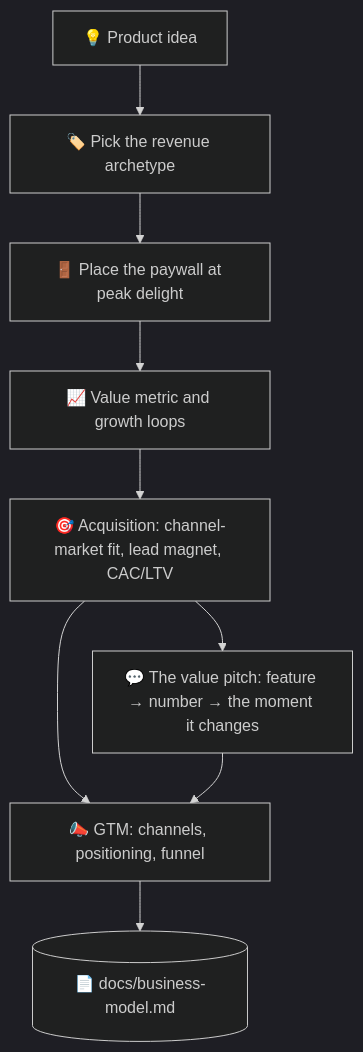
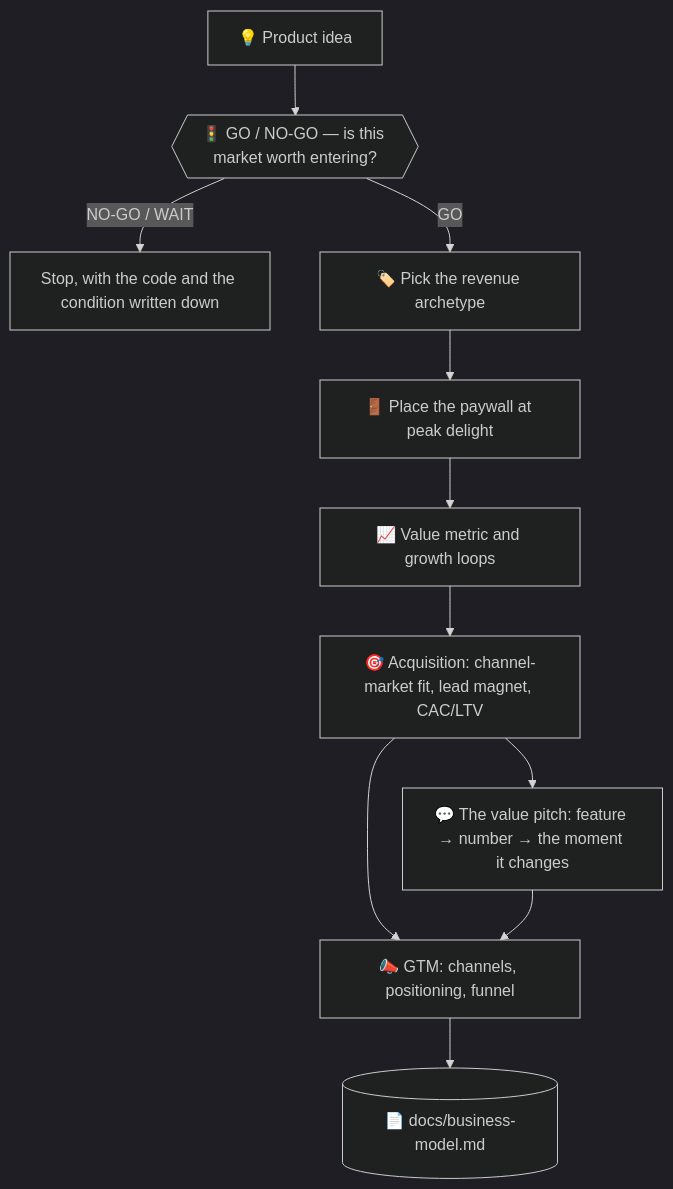
The diagram in skills/superforge-biz/README.md (takaoumehara/superforge-skill), drawn with Mermaid (dark theme) before and after one commit. The commit also changed other lines of this file and 92 other files, not shown here.

````diff
--- a/skills/superforge-biz/README.md
+++ b/skills/superforge-biz/README.md
@@ -23,11 +23,13 @@
 ```mermaid
 flowchart TD
-    I[💡 Product idea] --> A[🏷️ Pick the revenue archetype]
+    I[💡 Product idea] --> Z{{🚦 GO / NO-GO — is this market worth entering?}}
+    Z -->|NO-GO / WAIT| ZS[Stop, with the code and the condition written down]
+    Z -->|GO| A[🏷️ Pick the revenue archetype]
     A --> B[🚪 Place the paywall at peak delight]
     B --> C[📈 Value metric and growth loops]
     C --> D[🎯 Acquisition: channel-market fit, lead magnet, CAC/LTV]
     D --> P[💬 The value pitch: feature → number → the moment it changes]
     D --> E2[📣 GTM: channels, positioning, funnel]
     P --> E2
     E2 --> E[(📄 docs/business-model.md)]
 ```
````
